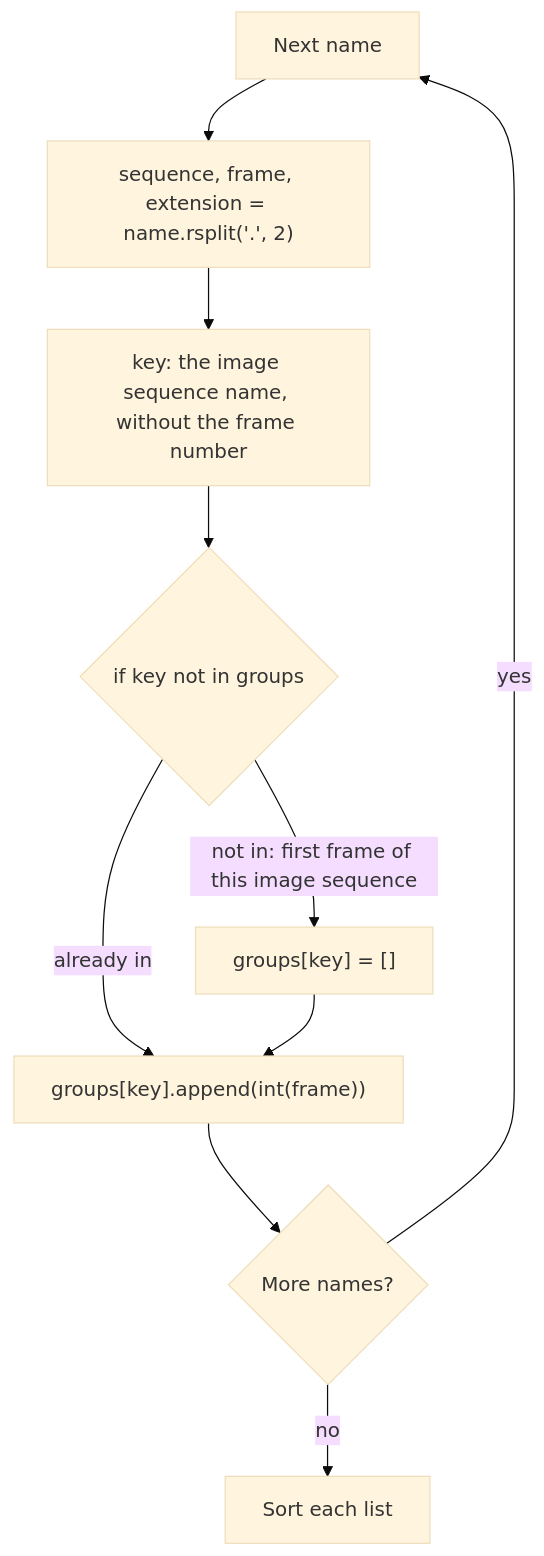
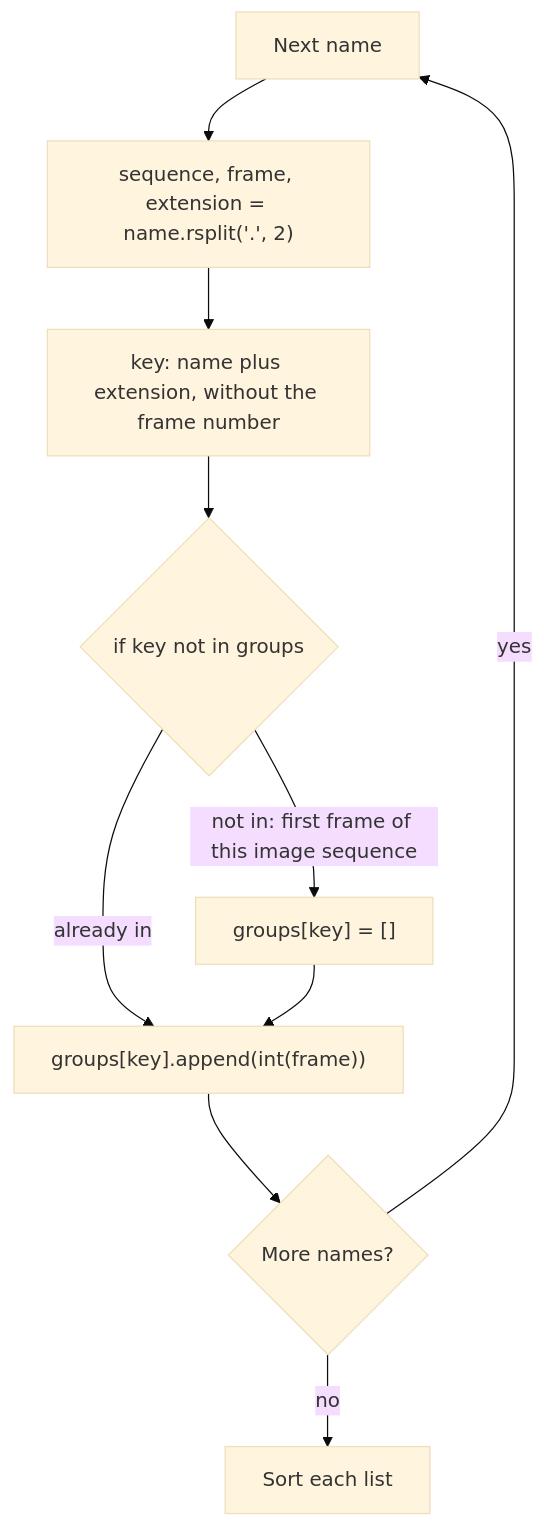
Before and after one commit to m74-academy/module-0: the diagram in docs/chapters/01-shot-inventory/08-grouping.md, drawn with Mermaid (base theme). The commit also changed other lines of this file and 11 other files, not shown here.

````diff
--- a/docs/chapters/01-shot-inventory/08-grouping.md
+++ b/docs/chapters/01-shot-inventory/08-grouping.md
@@ -35,12 +35,12 @@
 ```mermaid
 flowchart TD
     name["Next name"] --> split["sequence, frame, extension = name.rsplit('.', 2)"]
-    split --> key["key: the image sequence name, without the frame number"]
+    split --> key["key: name plus extension, without the frame number"]
     key --> check{"if key not in groups"}
     check -- "not in: first frame of this image sequence" --> start["groups[key] = []"]
     check -- "already in" --> append["groups[key].append(int(frame))"]
     start --> append
     append --> more{"More names?"}
     more -- yes --> name
     more -- no --> sort["Sort each list"]
 ```
````
